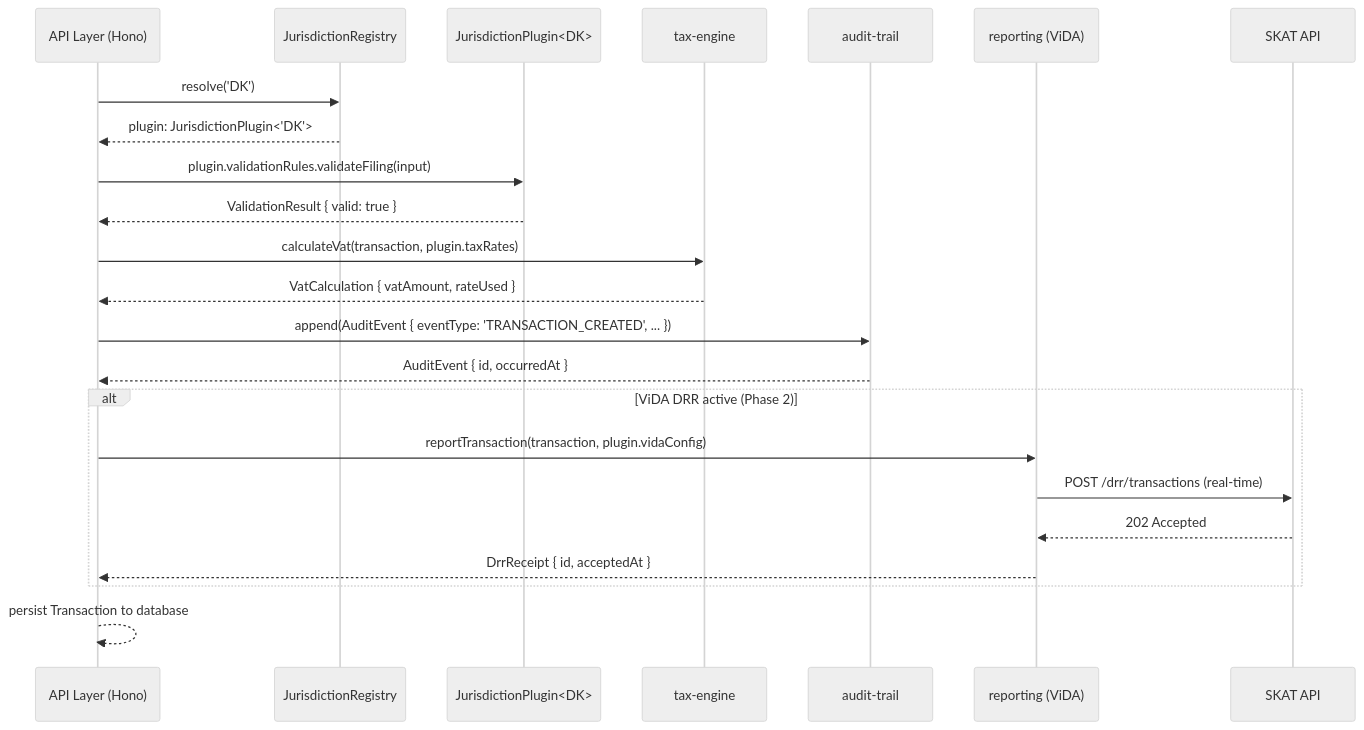
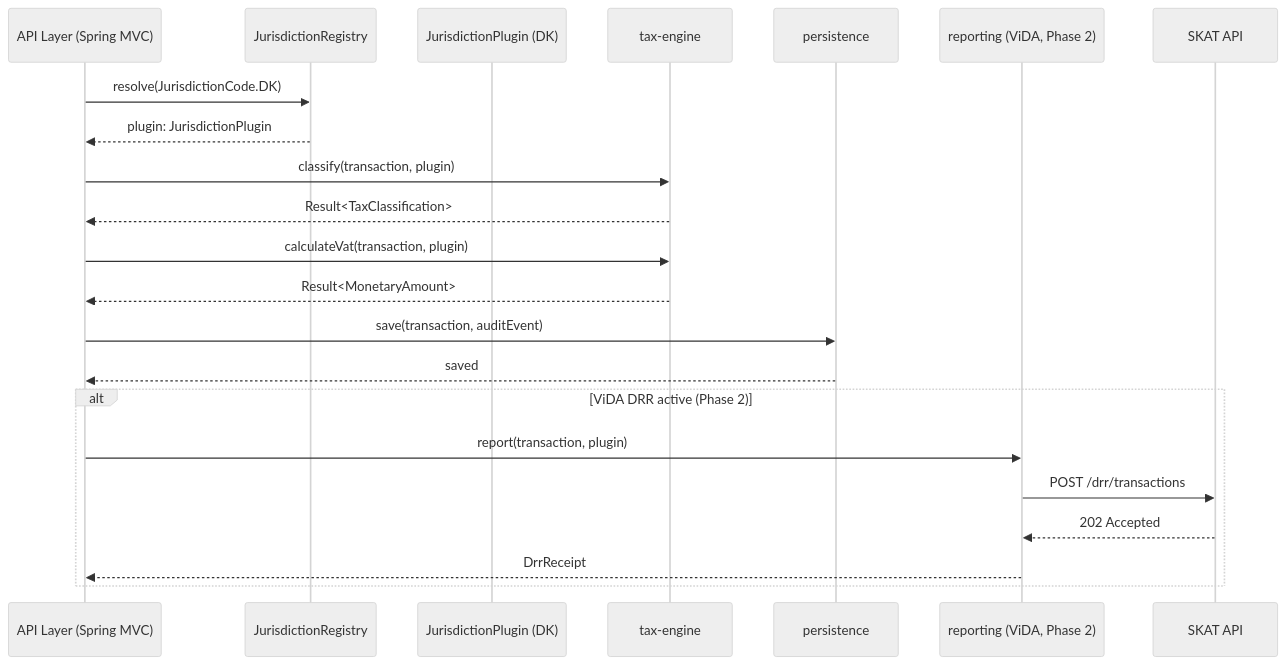
Before and after one commit to nc-mcl/vat-system: the diagram in docs/adr/ADR-003-jurisdiction-plugin-architecture.md, drawn with Mermaid (neutral theme). The commit also changed other lines of this file and 24 other files, not shown here.

Commit message:
Architecture Agent: Gradle setup, core domain Java types, DK plugin

````diff
--- a/docs/adr/ADR-003-jurisdiction-plugin-architecture.md
+++ b/docs/adr/ADR-003-jurisdiction-plugin-architecture.md
@@ -97,31 +82,29 @@
 ```mermaid
 sequenceDiagram
-    participant API as API Layer (Hono)
+    participant API as API Layer (Spring MVC)
     participant Registry as JurisdictionRegistry
-    participant Plugin as JurisdictionPlugin<DK>
+    participant Plugin as JurisdictionPlugin (DK)
     participant Engine as tax-engine
-    participant Audit as audit-trail
-    participant Reporting as reporting (ViDA)
+    participant Persistence as persistence
+    participant Reporting as reporting (ViDA, Phase 2)
     participant SKAT as SKAT API
 
-    API->>Registry: resolve('DK')
-    Registry-->>API: plugin: JurisdictionPlugin<'DK'>
+    API->>Registry: resolve(JurisdictionCode.DK)
+    Registry-->>API: plugin: JurisdictionPlugin
 
-    API->>Plugin: plugin.validationRules.validateFiling(input)
-    Plugin-->>API: ValidationResult { valid: true }
+    API->>Engine: classify(transaction, plugin)
+    Engine-->>API: Result<TaxClassification>
 
-    API->>Engine: calculateVat(transaction, plugin.taxRates)
-    Engine-->>API: VatCalculation { vatAmount, rateUsed }
+    API->>Engine: calculateVat(transaction, plugin)
+    Engine-->>API: Result<MonetaryAmount>
 
-    API->>Audit: append(AuditEvent { eventType: 'TRANSACTION_CREATED', ... })
-    Audit-->>API: AuditEvent { id, occurredAt }
+    API->>Persistence: save(transaction, auditEvent)
+    Persistence-->>API: saved
 
     alt ViDA DRR active (Phase 2)
-        API->>Reporting: reportTransaction(transaction, plugin.vidaConfig)
-        Reporting->>SKAT: POST /drr/transactions (real-time)
+        API->>Reporting: report(transaction, plugin)
+        Reporting->>SKAT: POST /drr/transactions
         SKAT-->>Reporting: 202 Accepted
-        Reporting-->>API: DrrReceipt { id, acceptedAt }
+        Reporting-->>API: DrrReceipt
     end
-
-    API-->>API: persist Transaction to database
 ```
````
